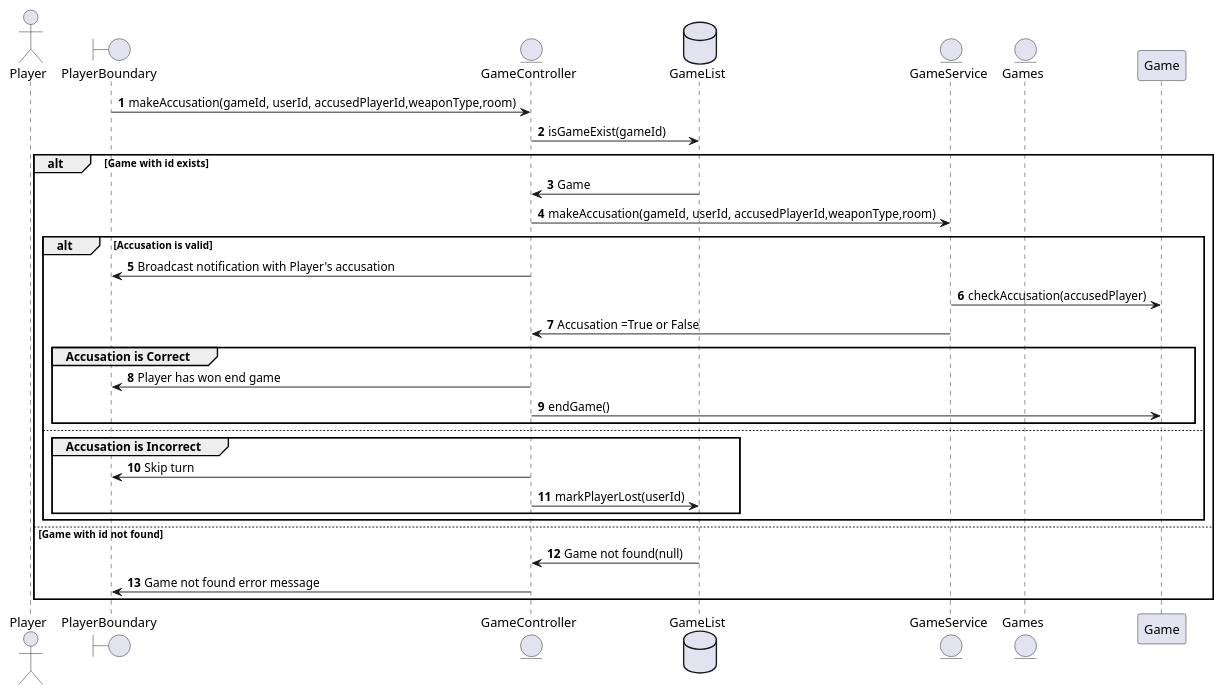
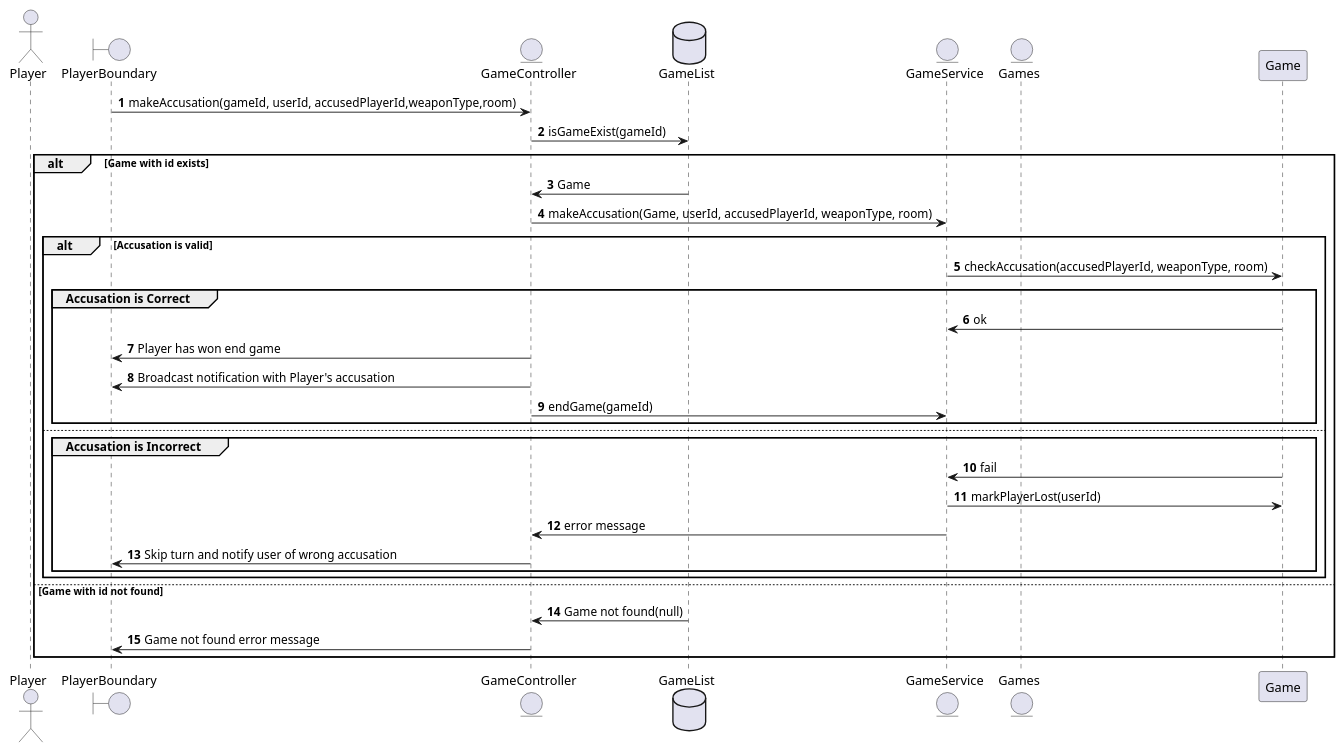
One commit to gurmsc5/Clue-Less changed the diagram in clue-less-backend/player_accusation.puml. Above: the diagram before and after it, drawn with PlantUML.

Commit message:
Modified player accusation seq diagram

```diff
--- a/clue-less-backend/player_accusation.puml
+++ b/clue-less-backend/player_accusation.puml
@@ -1,36 +1,37 @@
 @startuml
 
 autonumber
 actor Player
 boundary PlayerBoundary
 entity GameController
 
 PlayerBoundary -> GameController: makeAccusation(gameId, userId, accusedPlayerId,weaponType,room)
 database GameList
 entity GameService
 entity Games
 GameController -> GameList: isGameExist(gameId)
 
 alt Game with id exists
     GameList -> GameController: Game
-    GameController -> GameService: makeAccusation(gameId, userId, accusedPlayerId,weaponType,room)
+    GameController -> GameService: makeAccusation(Game, userId, accusedPlayerId, weaponType, room)
     alt Accusation is valid
-        GameController -> PlayerBoundary: Broadcast notification with Player's accusation
-        GameService->Game: checkAccusation(accusedPlayer)
-        GameService-> GameController: Accusation =True or False
+        GameService-> Game: checkAccusation(accusedPlayerId, weaponType, room)
         group Accusation is Correct
+            Game -> GameService: ok
             GameController -> PlayerBoundary: Player has won end game
-            GameController -> Game: endGame()
+            GameController -> PlayerBoundary: Broadcast notification with Player's accusation
+            GameController -> GameService: endGame(gameId)
         end
     else
         group Accusation is Incorrect
-            GameController -> PlayerBoundary: Skip turn
-            GameController->GameList: markPlayerLost(userId)
-            
+            Game -> GameService: fail
+            GameService -> Game: markPlayerLost(userId)
+            GameService -> GameController: error message
+            GameController -> PlayerBoundary: Skip turn and notify user of wrong accusation
         end
     end
 else Game with id not found
     GameList -> GameController: Game not found(null)
     GameController -> PlayerBoundary: Game not found error message
 end
 @enduml
```
